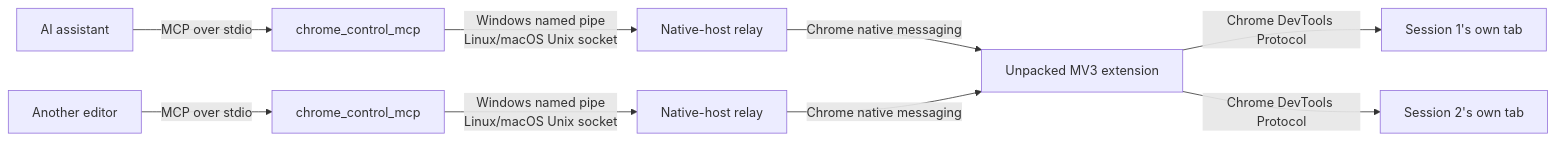
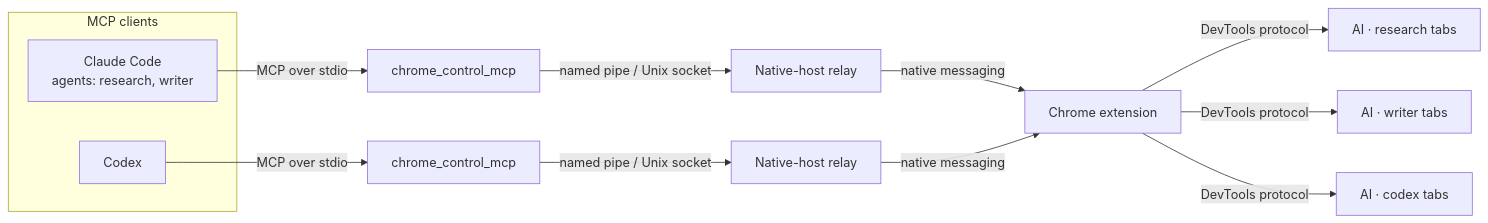
One commit to RandyNorthrup/chrome-control-mcp changed the diagram in README.md. Above: the diagram before and after it, drawn with Mermaid. The commit also changed other lines of this file and 34 other files, not shown here.

````diff
--- a/README.md
+++ b/README.md
@@ -261,11 +213,16 @@
 ```mermaid
 flowchart LR
-    A1[AI assistant] -->|MCP over stdio| B1[chrome_control_mcp]
-    A2[Another editor] -->|MCP over stdio| B2[chrome_control_mcp]
-    B1 -->|Windows named pipe<br/>Linux/macOS Unix socket| C1[Native-host relay]
-    B2 -->|Windows named pipe<br/>Linux/macOS Unix socket| C2[Native-host relay]
-    C1 -->|Chrome native messaging| D[Unpacked MV3 extension]
-    C2 -->|Chrome native messaging| D
-    D -->|Chrome DevTools Protocol| E1[Session 1's own tab]
-    D -->|Chrome DevTools Protocol| E2[Session 2's own tab]
+    subgraph Clients["MCP clients"]
+        A1["Claude Code<br/>agents: research, writer"]
+        A2["Codex"]
+    end
+    A1 -->|MCP over stdio| B1[chrome_control_mcp]
+    A2 -->|MCP over stdio| B2[chrome_control_mcp]
+    B1 -->|named pipe / Unix socket| C1[Native-host relay]
+    B2 -->|named pipe / Unix socket| C2[Native-host relay]
+    C1 -->|native messaging| D[Chrome extension]
+    C2 -->|native messaging| D
+    D -->|DevTools protocol| G1["AI · research tabs"]
+    D -->|DevTools protocol| G2["AI · writer tabs"]
+    D -->|DevTools protocol| G3["AI · codex tabs"]
 ```
````
